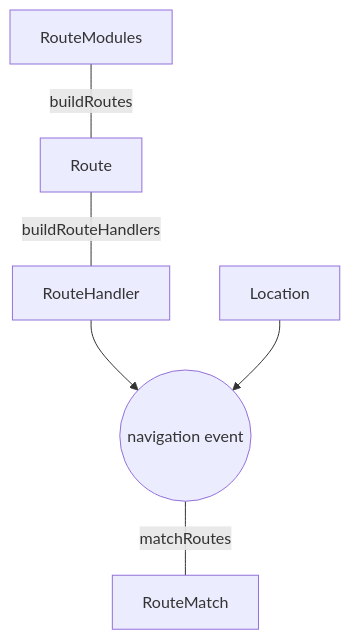
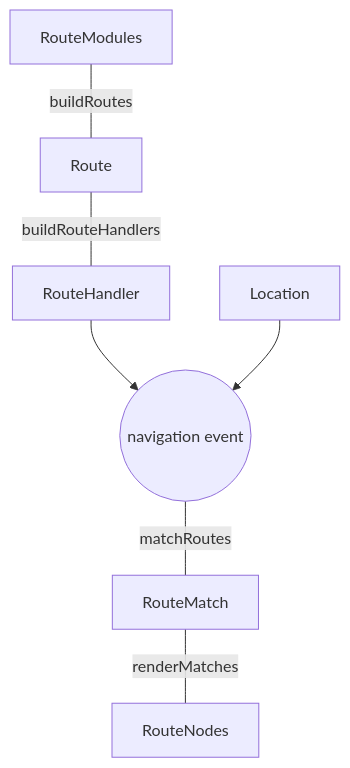
The diagram in libs/enrouter/README.md (eu-ge-ne/enrouter), drawn with Mermaid before and after one commit. The commit also changed 10 other files, not shown here.

Commit message:
feat: renderMatches (#20)

````diff
--- a/libs/enrouter/README.md
+++ b/libs/enrouter/README.md
@@ -3,15 +3,17 @@
 ```mermaid
 graph TD;
   MM[RouteModules];
   RT[Route];
   RH[RouteHandler];
   NAV(("navigation event"));
   LOC[Location];
   RM[RouteMatch];
+  RN[RouteNodes];
 
   MM---|buildRoutes|RT;
   RT---|buildRouteHandlers|RH;
   RH-->NAV;
   LOC-->NAV;
   NAV---|matchRoutes|RM;
+  RM---|renderMatches|RN;
 ```
````
